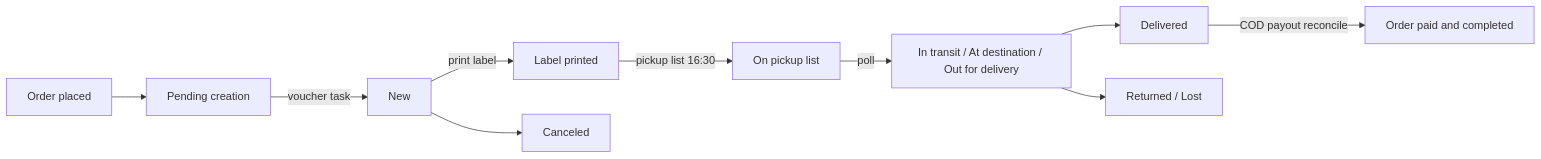
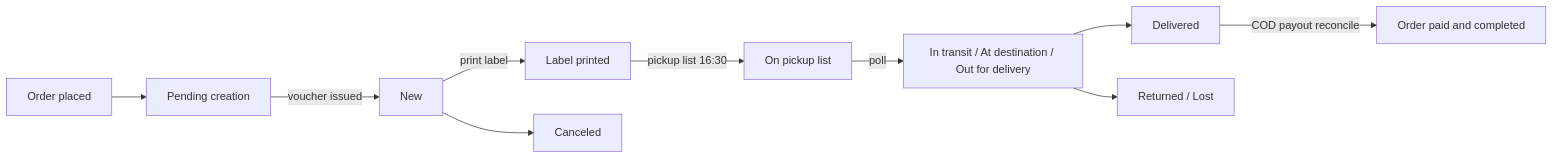
Before and after one commit to vasilistotskas/grooveshop-docs: the diagram in src/admin/shipping/acs.md, drawn with Mermaid. The commit also changed other lines of this file and 117 other files, not shown here.

````diff
--- a/src/admin/shipping/acs.md
+++ b/src/admin/shipping/acs.md
@@ -14,12 +14,12 @@
 ```mermaid
 flowchart LR
   A[Order placed] --> B[Pending creation]
-  B -->|voucher task| C[New]
+  B -->|voucher issued| C[New]
   C -->|print label| D[Label printed]
   D -->|pickup list 16:30| E[On pickup list]
   E -->|poll| F[In transit / At destination / Out for delivery]
   F --> G[Delivered]
   F --> H[Returned / Lost]
   C --> I[Canceled]
   G -->|COD payout reconcile| J[Order paid and completed]
 ```
````
